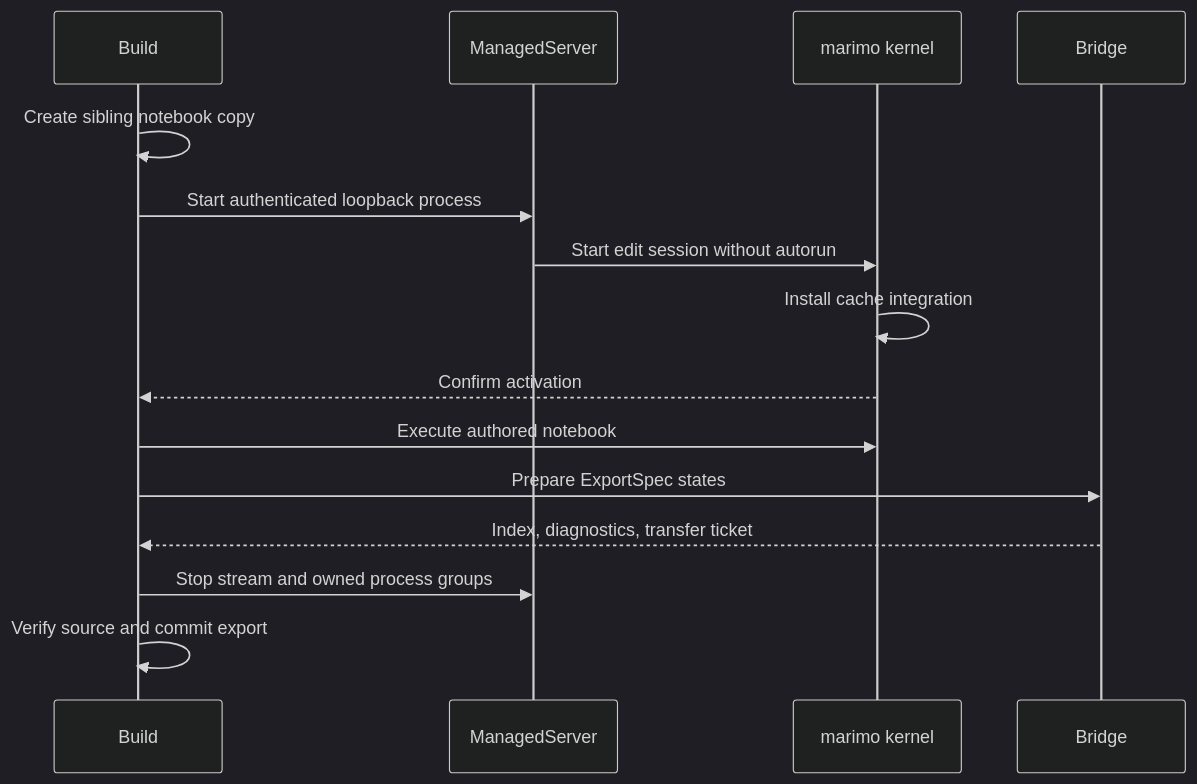
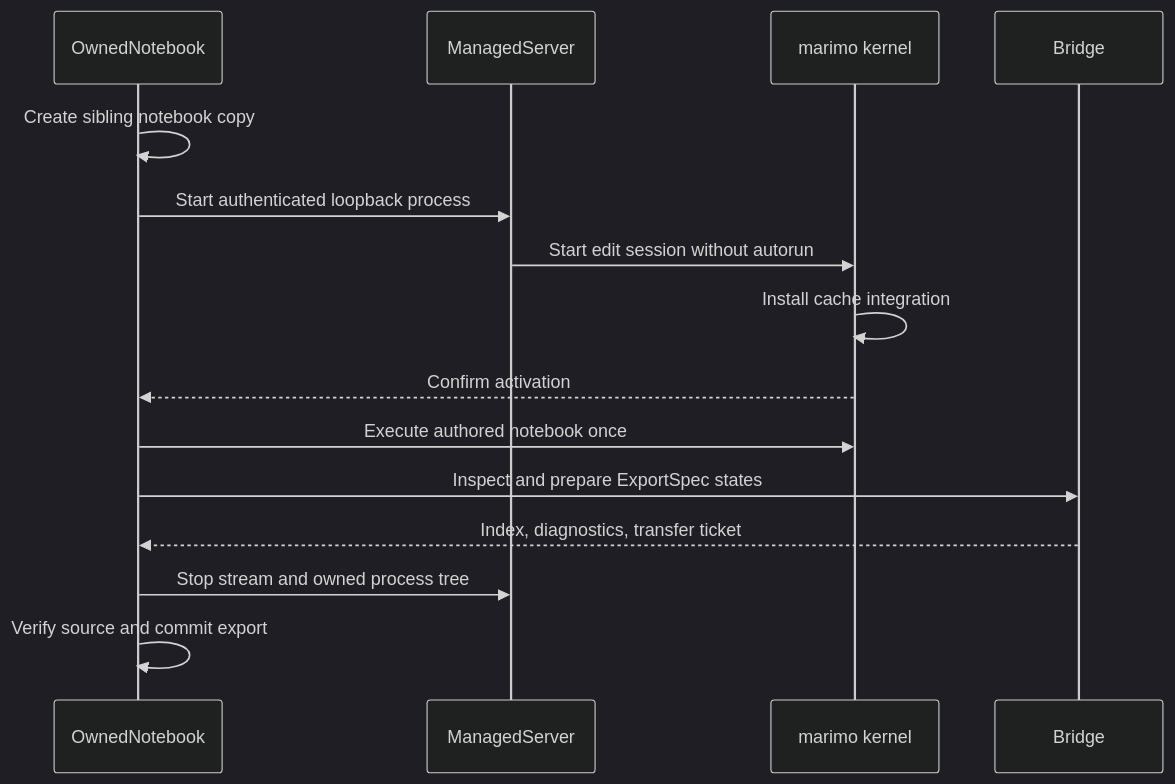
Before and after one commit to marimo-team/marimo-export: the second of 2 diagrams in development_docs/architecture/marimo-integration.md, drawn with Mermaid (dark theme). The commit also changed other lines of this file and 32 other files, not shown here.

Commit message:
docs: document the export architecture

````diff
--- a/development_docs/architecture/marimo-integration.md
+++ b/development_docs/architecture/marimo-integration.md
@@ -40,18 +58,18 @@
 ```mermaid
 sequenceDiagram
-    participant Build
+    participant Producer as OwnedNotebook
     participant Server as ManagedServer
     participant Kernel as marimo kernel
     participant Bridge
 
-    Build->>Build: Create sibling notebook copy
-    Build->>Server: Start authenticated loopback process
+    Producer->>Producer: Create sibling notebook copy
+    Producer->>Server: Start authenticated loopback process
     Server->>Kernel: Start edit session without autorun
     Kernel->>Kernel: Install cache integration
-    Kernel-->>Build: Confirm activation
-    Build->>Kernel: Execute authored notebook
-    Build->>Bridge: Prepare ExportSpec states
-    Bridge-->>Build: Index, diagnostics, transfer ticket
-    Build->>Server: Stop stream and owned process groups
-    Build->>Build: Verify source and commit export
+    Kernel-->>Producer: Confirm activation
+    Producer->>Kernel: Execute authored notebook once
+    Producer->>Bridge: Inspect and prepare ExportSpec states
+    Bridge-->>Producer: Index, diagnostics, transfer ticket
+    Producer->>Server: Stop stream and owned process tree
+    Producer->>Producer: Verify source and commit export
 ```
````
